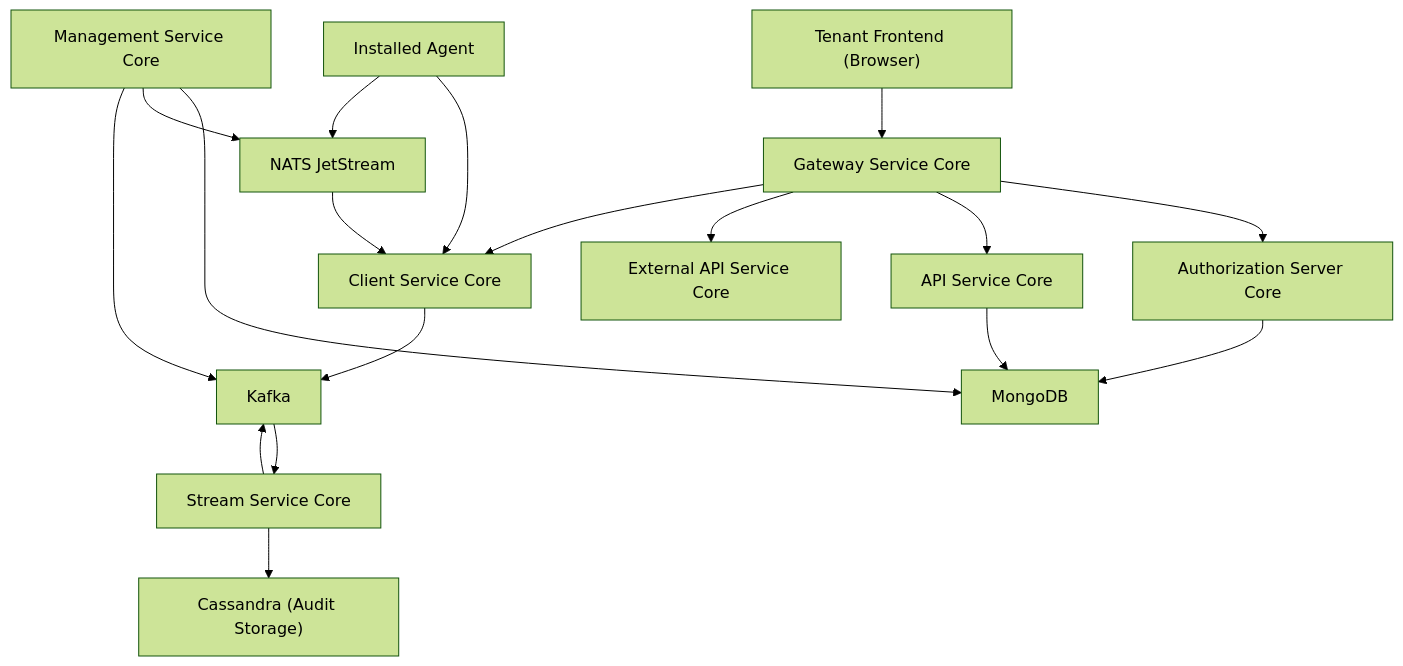
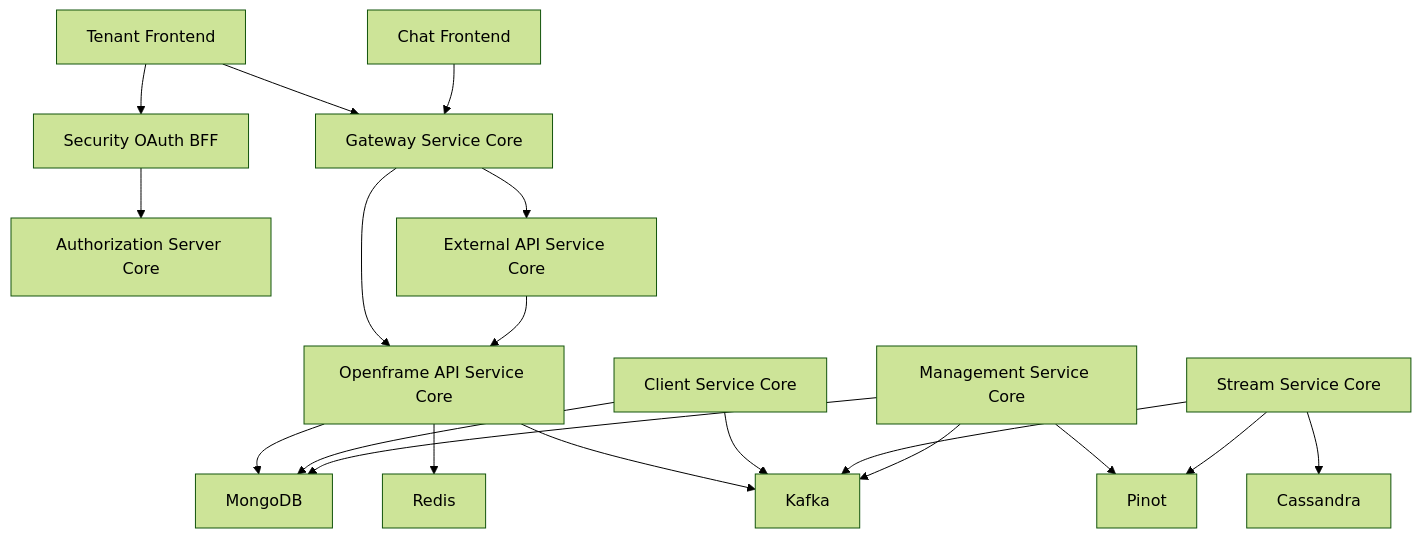
Before and after one commit to Praesto-Pro/openframe-oss-tenant: the first of 5 diagrams in docs/architecture/README.md, drawn with Mermaid (forest theme). The commit also changed other lines of this file and 214 other files, not shown here.

````diff
--- a/docs/architecture/README.md
+++ b/docs/architecture/README.md
@@ -24,26 +46,57 @@
 ```mermaid
 flowchart TD
-    Browser["Tenant Frontend (Browser)"] --> Gateway["Gateway Service Core"]
-
-    Gateway --> AuthZ["Authorization Server Core"]
-    Gateway --> ApiCore["API Service Core"]
-    Gateway --> ExternalApi["External API Service Core"]
-    Gateway --> ClientCore["Client Service Core"]
-
-    ClientAgent["Installed Agent"] --> ClientCore
-    ClientAgent --> NATS["NATS JetStream"]
-
-    NATS --> ClientCore
-    ClientCore --> Kafka["Kafka"]
-
-    Kafka --> StreamCore["Stream Service Core"]
-    StreamCore --> Cassandra["Cassandra (Audit Storage)"]
-    StreamCore --> Kafka
-
-    ApiCore --> Mongo["MongoDB"]
-    AuthZ --> Mongo
-    Management --> Mongo
-
-    Management["Management Service Core"] --> NATS
-    Management --> Kafka
+    %% Frontend
+    TenantUI["Tenant Frontend"]
+    ChatUI["Chat Frontend"]
+    
+    %% Edge
+    Gateway["Gateway Service Core"]
+    
+    %% Identity
+    AuthServer["Authorization Server Core"]
+    OAuthBFF["Security OAuth BFF"]
+    
+    %% Core APIs
+    ApiService["Openframe API Service Core"]
+    ExternalApi["External API Service Core"]
+    
+    %% Runtime & Management
+    ClientService["Client Service Core"]
+    ManagementService["Management Service Core"]
+    
+    %% Streaming
+    StreamService["Stream Service Core"]
+    
+    %% Data Layer
+    Mongo["MongoDB"]
+    Kafka["Kafka"]
+    Redis["Redis"]
+    Cassandra["Cassandra"]
+    Pinot["Pinot"]
+    
+    %% Flow
+    TenantUI --> OAuthBFF
+    OAuthBFF --> AuthServer
+    TenantUI --> Gateway
+    ChatUI --> Gateway
+    
+    Gateway --> ApiService
+    Gateway --> ExternalApi
+    
+    ApiService --> Mongo
+    ApiService --> Redis
+    ApiService --> Kafka
+    
+    ClientService --> Kafka
+    ClientService --> Mongo
+    
+    StreamService --> Kafka
+    StreamService --> Cassandra
+    
+    ManagementService --> Mongo
+    ManagementService --> Kafka
+    ManagementService --> Pinot
+    
+    ExternalApi --> ApiService
+    StreamService --> Pinot
 ```
````
